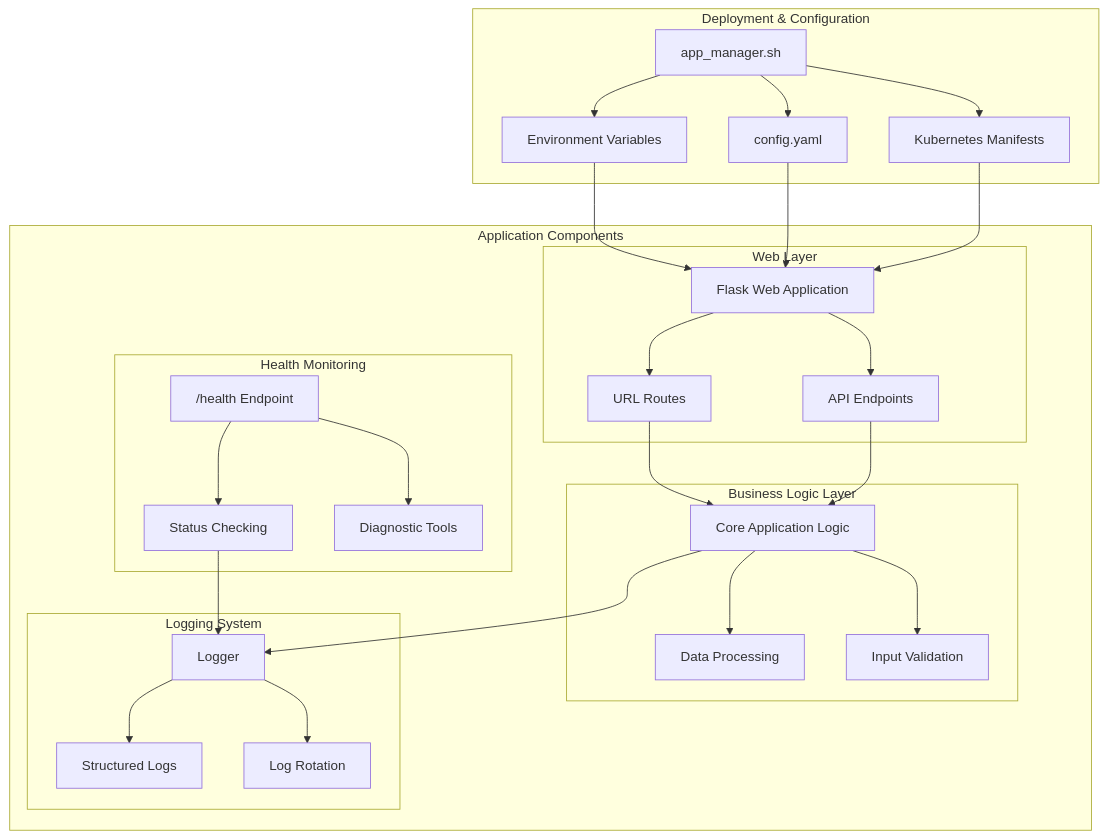
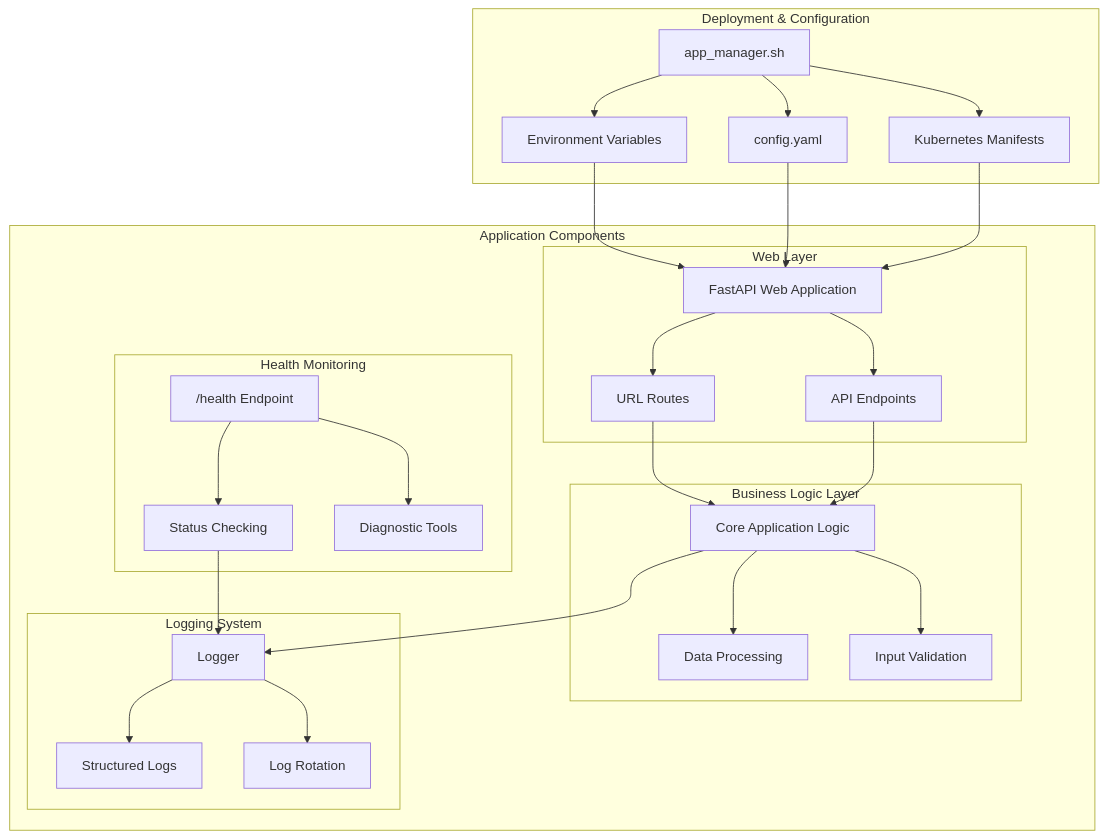
The second of 2 diagrams in docs/architecture.md (mrodgers/k8n_app), drawn with Mermaid before and after one commit. The commit also changed other lines of this file and 13 other files, not shown here.

````diff
--- a/docs/architecture.md
+++ b/docs/architecture.md
@@ -68,60 +68,60 @@
 ```mermaid
 flowchart TD
     subgraph "Application Components"
         subgraph "Web Layer"
-            Flask[Flask Web Application]
+            FastAPI[FastAPI Web Application]
             Routes[URL Routes]
             APIEndpoints[API Endpoints]
             
-            Flask --> Routes
-            Flask --> APIEndpoints
+            FastAPI --> Routes
+            FastAPI --> APIEndpoints
         end
         
         subgraph "Business Logic Layer"
             CoreLogic[Core Application Logic]
             DataProcessing[Data Processing]
             Validation[Input Validation]
             
             CoreLogic --> DataProcessing
             CoreLogic --> Validation
         end
         
         subgraph "Health Monitoring"
             HealthEndpoint["/health Endpoint"]
             StatusCheck[Status Checking]
             DiagnosticTools[Diagnostic Tools]
             
             HealthEndpoint --> StatusCheck
             HealthEndpoint --> DiagnosticTools
         end
         
         subgraph "Logging System"
             Logger[Logger]
             StructuredLogs[Structured Logs]
             LogRotation[Log Rotation]
             
             Logger --> StructuredLogs
             Logger --> LogRotation
         end
         
         Routes --> CoreLogic
         APIEndpoints --> CoreLogic
         CoreLogic --> Logger
         StatusCheck --> Logger
     end
     
     subgraph "Deployment & Configuration"
         AppManager[app_manager.sh]
         EnvVars[Environment Variables]
         ConfigFile[config.yaml]
         K8sManifests[Kubernetes Manifests]
         
         AppManager --> EnvVars
         AppManager --> ConfigFile
         AppManager --> K8sManifests
     end
     
-    EnvVars --> Flask
-    ConfigFile --> Flask
-    K8sManifests --> Flask
+    EnvVars --> FastAPI
+    ConfigFile --> FastAPI
+    K8sManifests --> FastAPI
 ```
````
